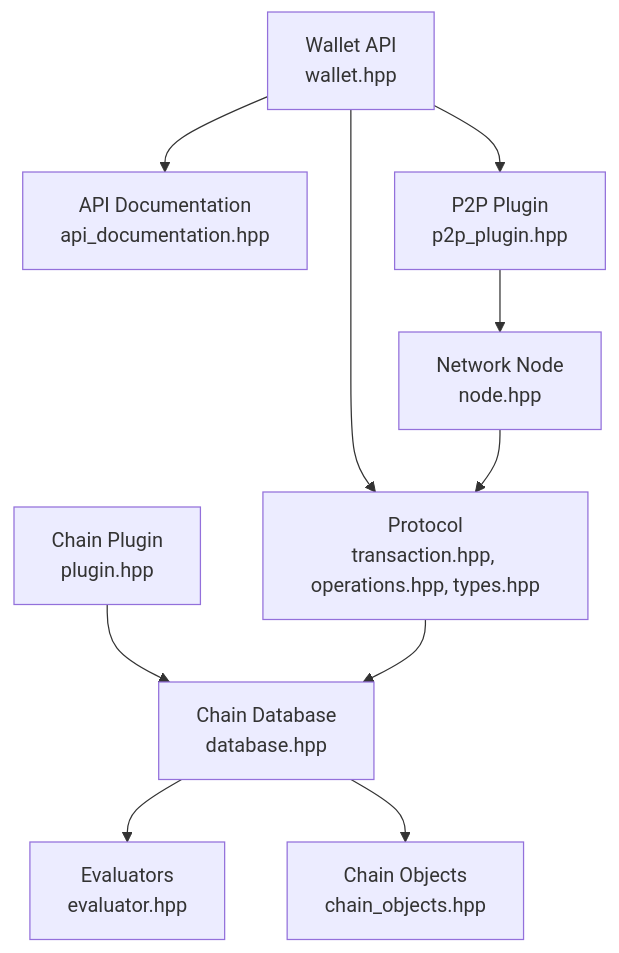
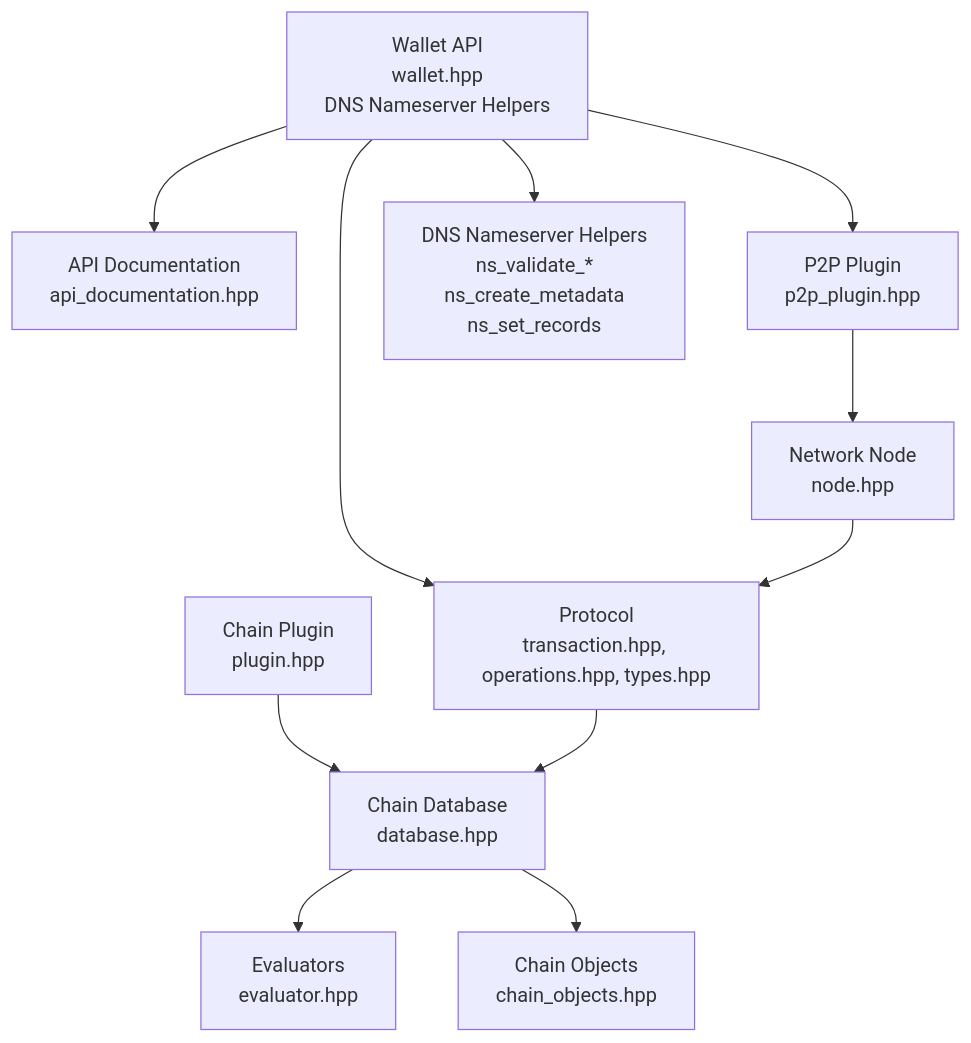
One commit to VIZ-Blockchain/viz-cpp-node changed the second of 10 diagrams in .qoder/repowiki/en/content/Core Libraries.md. Above: the diagram before and after it, drawn with Mermaid. The commit also changed other lines of this file and 9 other files, not shown here.

````diff
--- a/.qoder/repowiki/en/content/Core Libraries.md
+++ b/.qoder/repowiki/en/content/Core Libraries.md
@@ -142,21 +145,23 @@
 ```mermaid
 graph TB
-WALLET["Wallet API<br/>wallet.hpp"]
+WALLET["Wallet API<br/>wallet.hpp<br/>DNS Nameserver Helpers"]
 API_DOC["API Documentation<br/>api_documentation.hpp"]
 PROTO["Protocol<br/>transaction.hpp, operations.hpp, types.hpp"]
 CHAIN["Chain Database<br/>database.hpp"]
 EVAL["Evaluators<br/>evaluator.hpp"]
 CHAIN_OBJ["Chain Objects<br/>chain_objects.hpp"]
 NET["Network Node<br/>node.hpp"]
 PL_CHAIN["Chain Plugin<br/>plugin.hpp"]
 PL_P2P["P2P Plugin<br/>p2p_plugin.hpp"]
+DNS_HELPERS["DNS Nameserver Helpers<br/>ns_validate_*<br/>ns_create_metadata<br/>ns_set_records"]
 WALLET --> API_DOC
 WALLET --> PROTO
+WALLET --> DNS_HELPERS
 WALLET --> PL_P2P
 PL_P2P --> NET
 PL_CHAIN --> CHAIN
 CHAIN --> EVAL
 CHAIN --> CHAIN_OBJ
 NET --> PROTO
 PROTO --> CHAIN
 ```
````
